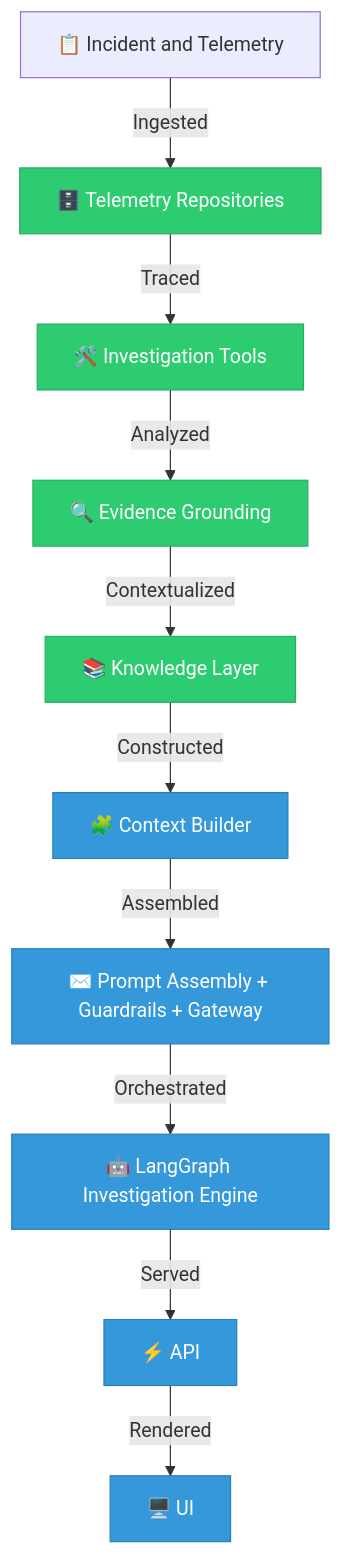
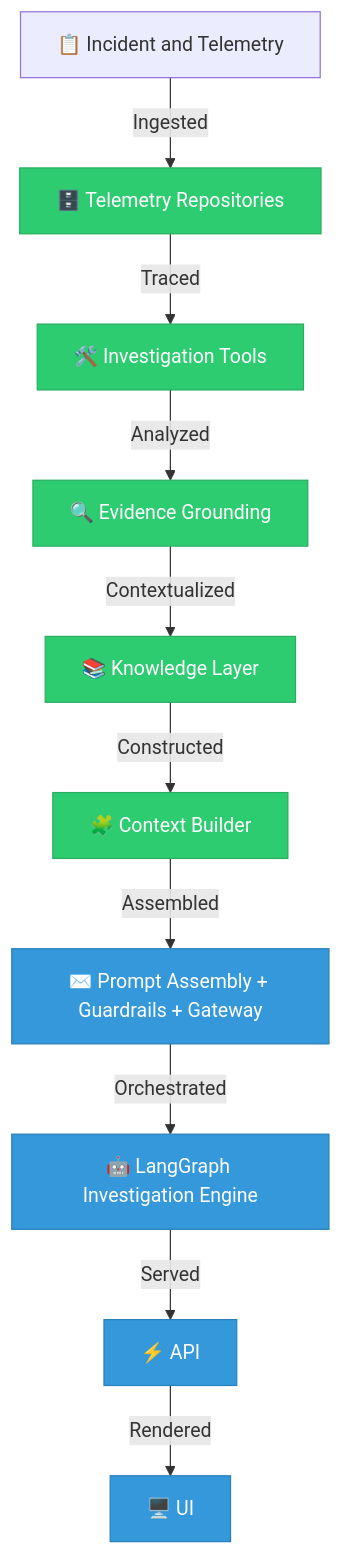
Before and after one commit to manish930s/OpsGraph: the diagram in README.md, drawn with Mermaid. The commit also changed other lines of this file and 2 other files, not shown here.

Commit message:
docs(context): document context builder architecture and update reports

````diff
--- a/README.md
+++ b/README.md
@@ -22,18 +22,18 @@
 ```mermaid
 graph TD
     Incident[📋 Incident and Telemetry] -->|Ingested| Repos[🗄️ Telemetry Repositories]
     Repos -->|Traced| Tools[🛠️ Investigation Tools]
     Tools -->|Analyzed| Grounding[🔍 Evidence Grounding]
     Grounding -->|Contextualized| Knowledge[📚 Knowledge Layer]
     Knowledge -->|Constructed| ContextBuilder[🧩 Context Builder]
     ContextBuilder -->|Assembled| Prompt[✉️ Prompt Assembly + Guardrails + Gateway]
     Prompt -->|Orchestrated| Engine[🤖 LangGraph Investigation Engine]
     Engine -->|Served| API[⚡ API]
     API -->|Rendered| UI[🖥️ UI]
 
     classDef implemented fill:#2ecc71,stroke:#27ae60,color:#fff;
     classDef planned fill:#3498db,stroke:#2980b9,color:#fff;
     
-    class Repos,Tools,Grounding,Knowledge implemented;
-    class ContextBuilder,Prompt,Engine,API,UI planned;
+    class Repos,Tools,Grounding,Knowledge,ContextBuilder implemented;
+    class Prompt,Engine,API,UI planned;
 ```
````
